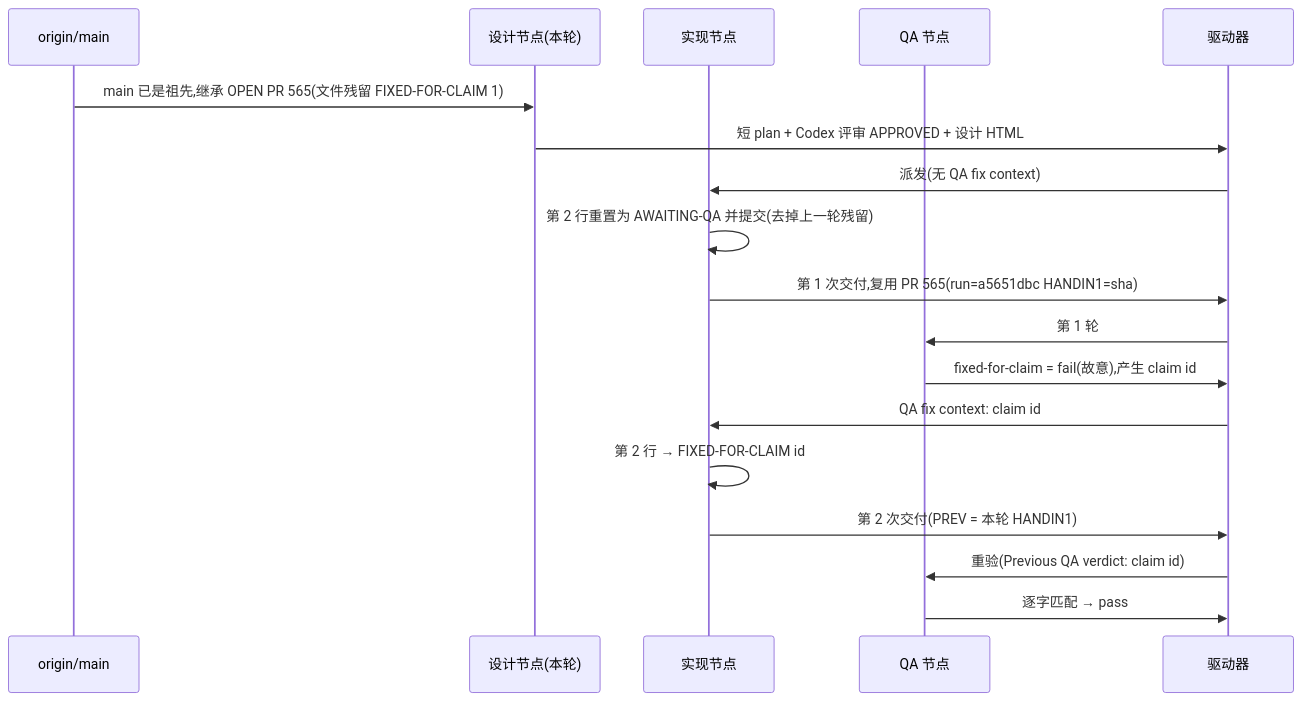
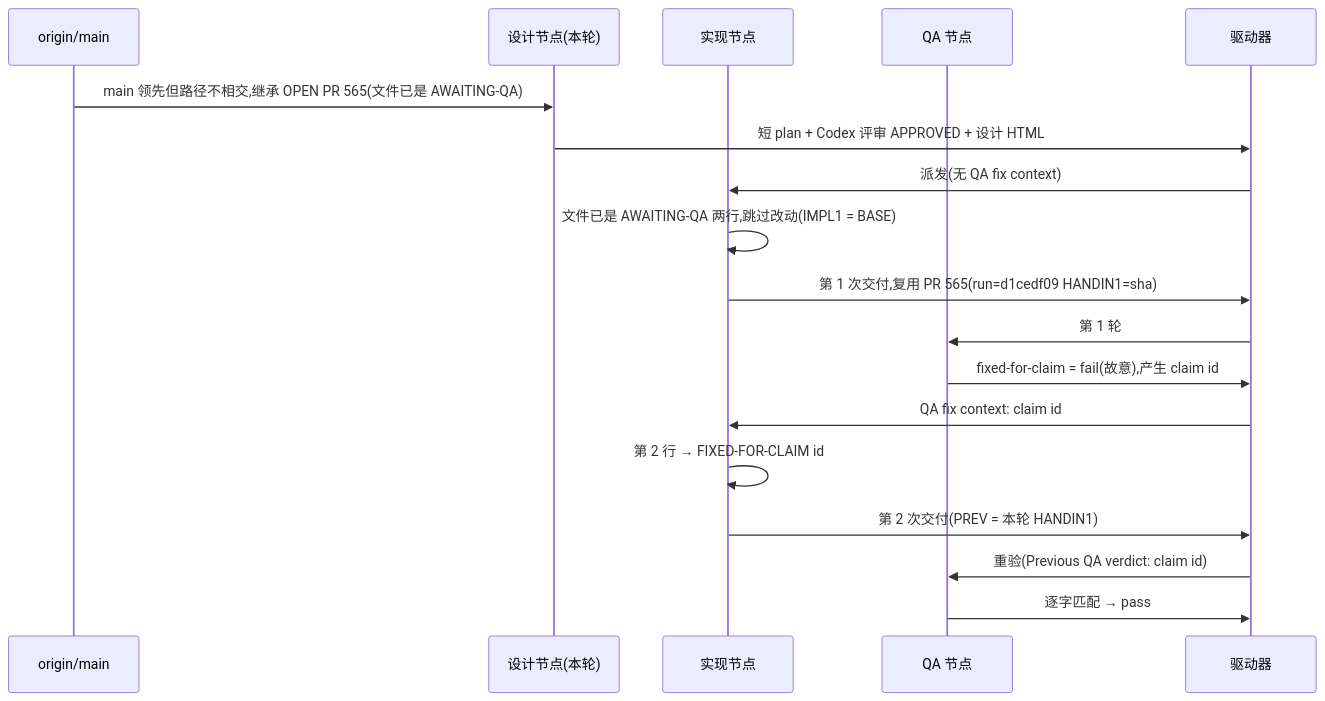
The diagram in engineering/doc/FLY-3150-real-runner-drill/d1-core-flow.mmd (xrliAnnie/flywheel-qa-sandbox), drawn with Mermaid before and after one commit. The commit also changed 2 other files, not shown here.

Commit message:
docs(FLY-3150): design review and founder HTML for run d1cedf09

```diff
--- a/engineering/doc/FLY-3150-real-runner-drill/d1-core-flow.mmd
+++ b/engineering/doc/FLY-3150-real-runner-drill/d1-core-flow.mmd
@@ -1,18 +1,18 @@
 sequenceDiagram
     participant M as origin/main
     participant S as 设计节点(本轮)
     participant I as 实现节点
     participant Q as QA 节点
     participant D as 驱动器
-    M->>S: main 已是祖先,继承 OPEN PR 565(文件残留 FIXED-FOR-CLAIM 1)
+    M->>S: main 领先但路径不相交,继承 OPEN PR 565(文件已是 AWAITING-QA)
     S->>D: 短 plan + Codex 评审 APPROVED + 设计 HTML
     D->>I: 派发(无 QA fix context)
-    I->>I: 第 2 行重置为 AWAITING-QA 并提交(去掉上一轮残留)
-    I->>D: 第 1 次交付,复用 PR 565(run=a5651dbc HANDIN1=sha)
+    I->>I: 文件已是 AWAITING-QA 两行,跳过改动(IMPL1 = BASE)
+    I->>D: 第 1 次交付,复用 PR 565(run=d1cedf09 HANDIN1=sha)
     D->>Q: 第 1 轮
     Q->>D: fixed-for-claim = fail(故意),产生 claim id
     D->>I: QA fix context: claim id
     I->>I: 第 2 行 → FIXED-FOR-CLAIM id
     I->>D: 第 2 次交付(PREV = 本轮 HANDIN1)
     D->>Q: 重验(Previous QA verdict: claim id)
     Q->>D: 逐字匹配 → pass
```
